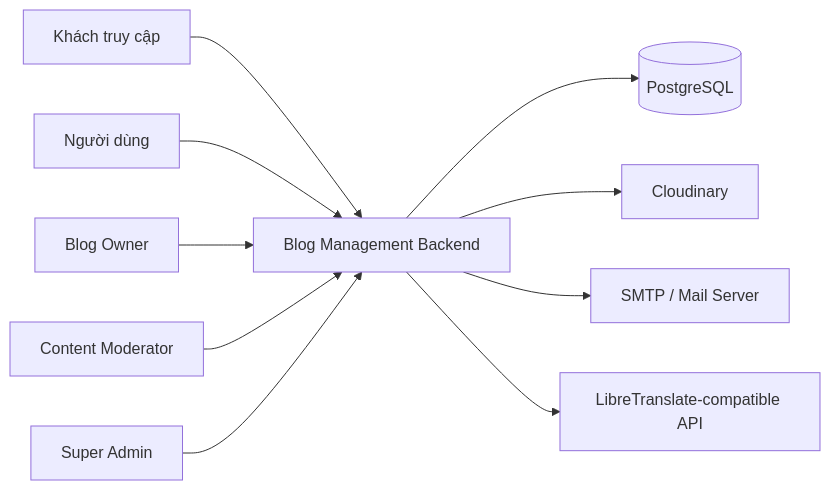
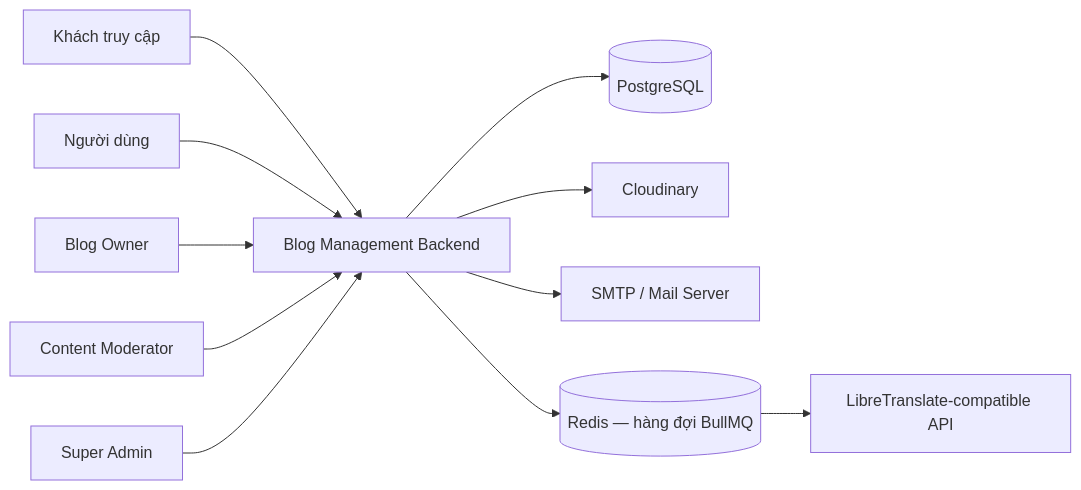
One commit to ngocha3792/Quan-ly-blog changed the first of 10 diagrams in docs/Preview Documentation/ARCHITECTURE.md. Above: the diagram before and after it, drawn with Mermaid. The commit also changed other lines of this file and 6 other files, not shown here.

````diff
--- a/docs/Preview Documentation/ARCHITECTURE.md
+++ b/docs/Preview Documentation/ARCHITECTURE.md
@@ -54,26 +54,28 @@
 ```mermaid
 flowchart LR
     Guest[Khách truy cập]
     User[Người dùng]
     Owner[Blog Owner]
     Moderator[Content Moderator]
     Admin[Super Admin]
 
     System[Blog Management Backend]
 
     DB[(PostgreSQL)]
     Cloudinary[Cloudinary]
     SMTP[SMTP / Mail Server]
     Translate[LibreTranslate-compatible API]
+    Redis[(Redis — hàng đợi BullMQ)]
 
     Guest --> System
     User --> System
     Owner --> System
     Moderator --> System
     Admin --> System
 
     System --> DB
     System --> Cloudinary
     System --> SMTP
-    System --> Translate
+    System --> Redis
+    Redis --> Translate
 ```
````
